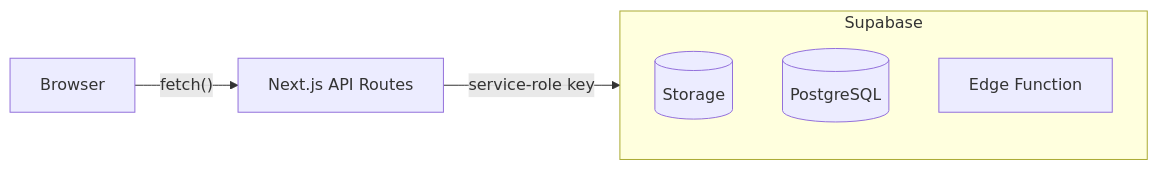
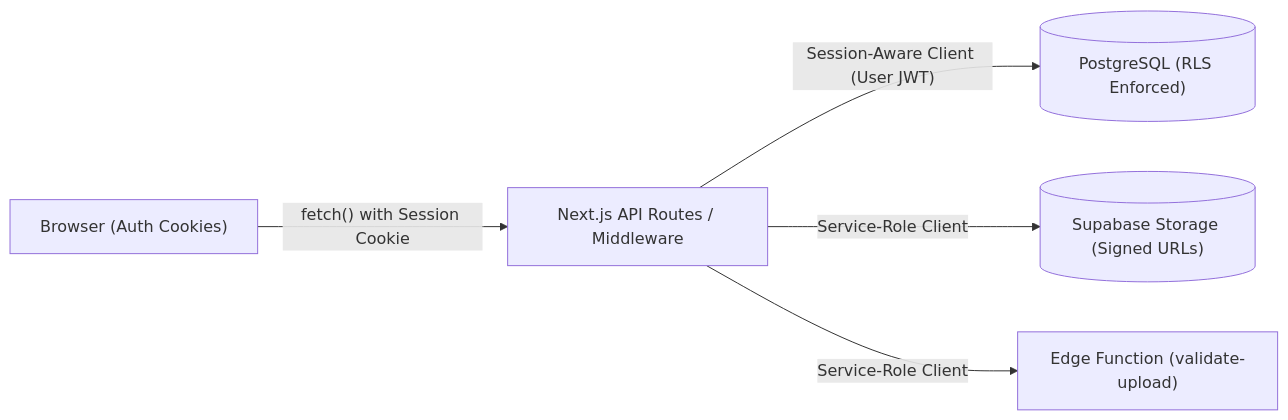
One commit to m-sameerkhan/docvault changed the second of 4 diagrams in README.md. Above: the diagram before and after it, drawn with Mermaid. The commit also changed other lines of this file and 14 other files, not shown here.

Commit message:
feat: add Supabase authentication and per-user RLS security

````diff
--- a/README.md
+++ b/README.md
@@ -74,10 +75,8 @@
 ```mermaid
 flowchart LR
-    Browser -->|"fetch()"| Routes["Next.js API Routes"]
-    Routes -->|"service-role key"| Supabase
-    subgraph Supabase
-        S1[("Storage")]
-        S2[("PostgreSQL")]
-        S3["Edge Function"]
-    end
+    Browser["Browser (Auth Cookies)"] -->|"fetch() with Session Cookie"| Routes["Next.js API Routes / Middleware"]
+    
+    Routes -->|"Session-Aware Client (User JWT)"| DB[("PostgreSQL (RLS Enforced)")]
+    Routes -->|"Service-Role Client"| Storage[("Supabase Storage (Signed URLs)")]
+    Routes -->|"Service-Role Client"| Edge["Edge Function (validate-upload)"]
 ```
````
